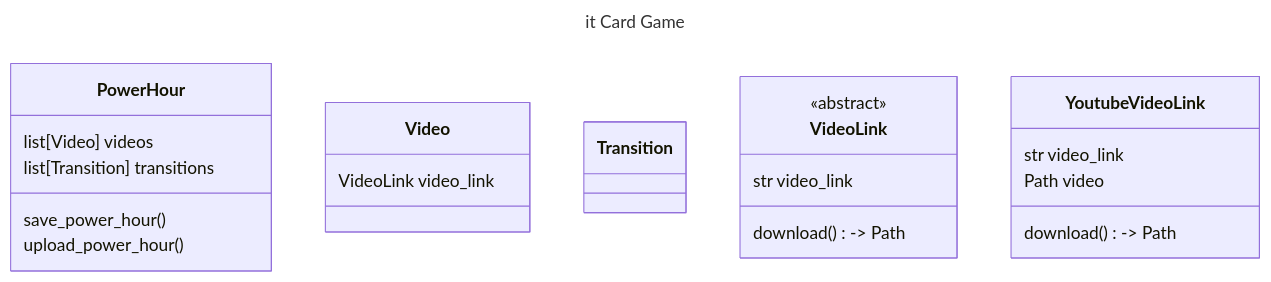
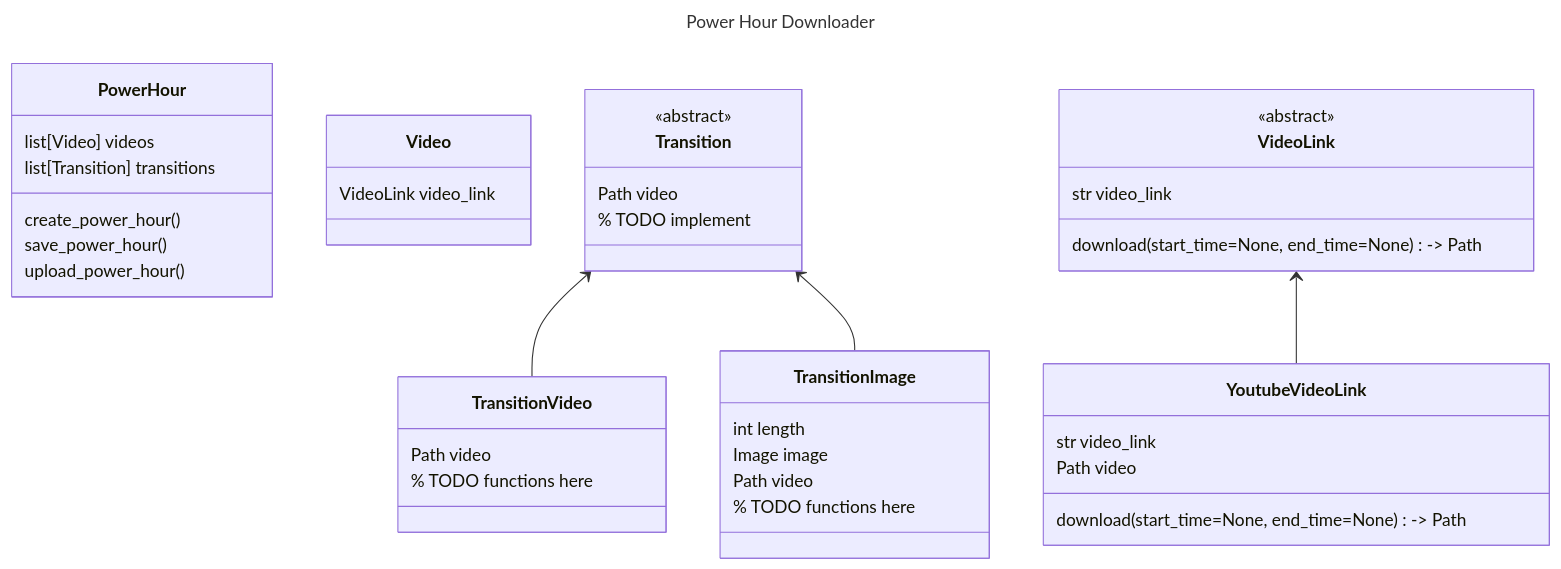
One commit to tjander3/PowerHourDownloader changed the diagram in class-diagram.md. Above: the diagram before and after it, drawn with Mermaid.

Commit message:
add in more work to class diagram

````diff
--- a/class-diagram.md
+++ b/class-diagram.md
@@ -1,6 +1,6 @@
 ```mermaid
 ---
-title: it Card Game
+title: Power Hour Downloader
 ---
 %% The details of mermaid classDiagram are found here: https://mermaid.js.org/syntax/classDiagram.html
 classDiagram
@@ -8,6 +8,7 @@
         list[Video] videos
         list[Transition] transitions
 
+        create_power_hour()
         save_power_hour()
         upload_power_hour()
     }
@@ -17,21 +18,40 @@
     }
 
     class Transition {
+        <<abstract>>
+        Path video
+        % TODO implement
+    }
 
+    Transition <-- TransitionVideo
+    class TransitionVideo {
+        Path video
+
+        % TODO functions here
+    }
+
+    Transition <-- TransitionImage
+    class TransitionImage {
+        int length
+        Image image
+        Path video
+
+        % TODO functions here
     }
 
     class VideoLink {
         <<abstract>>
         str video_link
 
-        download() -> Path
+        download(start_time=None, end_time=None) -> Path
     }
 
+    VideoLink <-- YoutubeVideoLink
     class YoutubeVideoLink {
         str video_link
         Path video
 
-        download() -> Path
+        download(start_time=None, end_time=None) -> Path
     }
 
 %%
````
